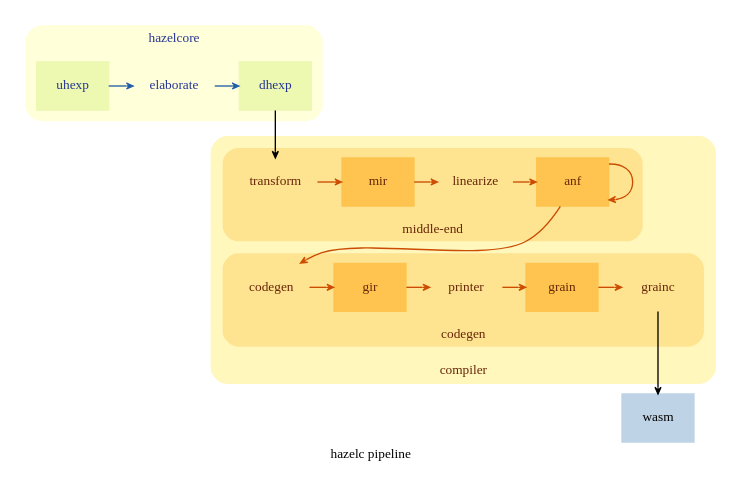
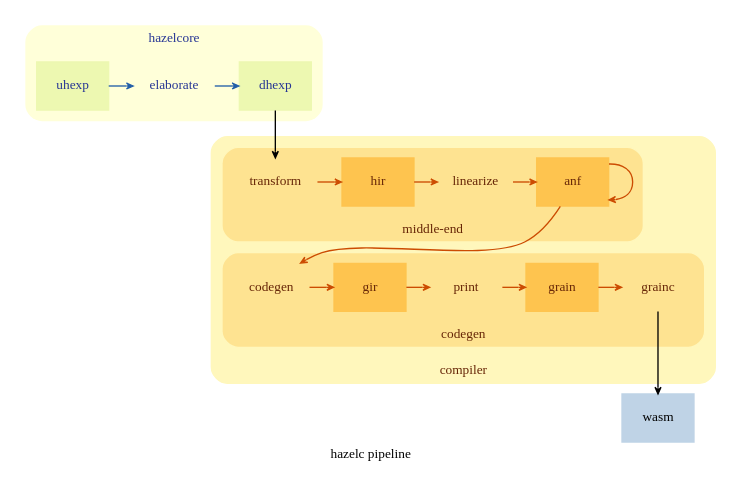
The diagram in 14-compiler/pipeline.dot (hazelgrove/phi), drawn with Graphviz before and after one commit. The commit also changed 5 other files, not shown here.

Commit message:
Add hole contexts example and diagrams

```diff
--- a/14-compiler/pipeline.dot
+++ b/14-compiler/pipeline.dot
@@ -1,88 +1,88 @@
 digraph pipeline {
   label = "hazelc pipeline"
   newrank = true;
 
   graph [ fontname = "Fira Code", fontsize = 10.0                                   ];
   node  [ fontname = "Fira Code", fontsize = 10.0,                                  ];
   edge  [ fontname = "Fira Code", fontsize = 9.0 , arrowhead="vee", arrowsize = 0.5 ];
 
   subgraph cluster_hazelcore {
     label = "hazelcore";
     rank = same;
 
     graph [ colorscheme = ylgnbu9, fontcolor = 8 ];
     node  [ colorscheme = ylgnbu9, fontcolor = 8 ];
     edge  [ colorscheme = ylgnbu9, color = 7 ];
 
     style = rounded;
     bgcolor = 1;
     color = 1;
 
     node        [ shape = plaintext,  ];
     elaborate   [ label = "elaborate" ];
 
     node        [ shape = box, style = filled, color = 2, fillcolor = 2 ];
     uhexp       [ label = "uhexp" ];
     dhexp       [ label = "dhexp" ];
 
     uhexp -> elaborate -> dhexp;
   }
 
   subgraph cluster_compiler {
     label = "compiler";
     labelloc = b;
 
     graph [ colorscheme = ylorbr9, fontcolor = 9 ];
     node  [ colorscheme = ylorbr9, fontcolor = 9 ];
     edge  [ colorscheme = ylorbr9, color = 7 ];
 
     style = rounded;
     bgcolor = 2;
     color = 2;
 
     subgraph cluster_middle_end {
       label = "middle-end"
       rank = same;
 
       style = rounded;
       bgcolor = 3;
 
       node        [ shape = plaintext   ];
       transform   [ label = "transform" ];
       linearize   [ label = "linearize" ];
 
       node        [ shape = box, style = filled, color = 4, fillcolor = 4 ];
-      mir         [ label = "mir" ];
+      hir         [ label = "hir" ];
       anf         [ label = "anf" ];
 
-      transform -> mir -> linearize -> anf -> anf;
+      transform -> hir -> linearize -> anf -> anf;
     }
 
     subgraph cluster_codegen {
       label = "codegen"
       rank = same;
 
       style = rounded;
       bgcolor = 3;
 
       node        [ shape = plaintext   ];
       codegen     [ label = "codegen"   ];
-      printer     [ label = "printer"   ];
+      print       [ label = "print"     ];
       grainc      [ label = "grainc"    ];
 
       node        [ shape = box, style = filled, color = 4, fillcolor = 4 ];
       gir         [ label = "gir"   ];
       grain       [ label = "grain" ];
 
-      codegen -> gir -> printer -> grain -> grainc
+      codegen -> gir -> print -> grain -> grainc
     }
 
     anf -> codegen;
   }
 
   node  [ shape = box, style = filled, colorscheme = bupu9, color = 3, fillcolor = 3  ];
   wasm  [ label = "wasm"  ];
 
   dhexp -> transform;
   grainc -> wasm;
 }
```
